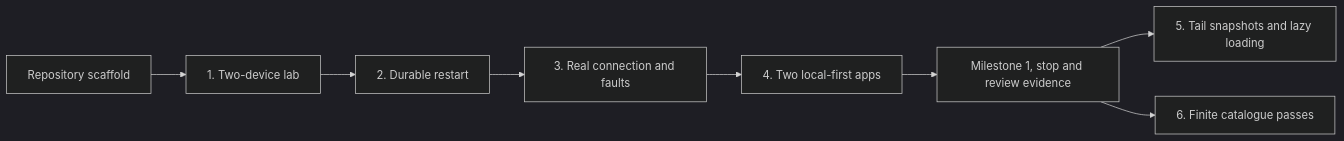
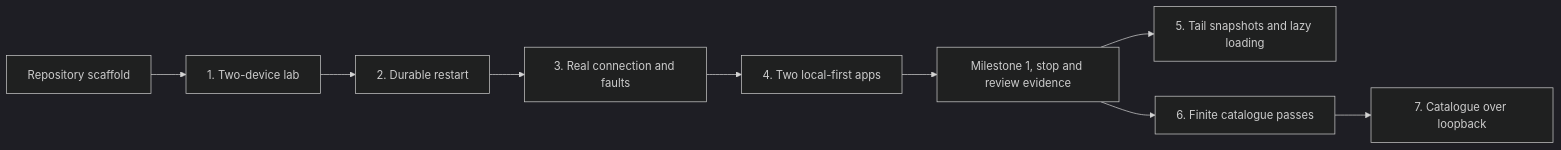
The diagram in docs/implementation-plan.md (nessalabs/sync-engine), drawn with Mermaid (dark theme) before and after one commit. The commit also changed other lines of this file and 18 other files, not shown here.

Commit message:
feat: replicate catalogue passes over bounded loopback (#23)

````diff
--- a/docs/implementation-plan.md
+++ b/docs/implementation-plan.md
@@ -41,10 +42,11 @@
 ```mermaid
 flowchart LR
     S0["Repository scaffold"] --> S1["1. Two-device lab"]
     S1 --> S2["2. Durable restart"]
     S2 --> S3["3. Real connection and faults"]
     S3 --> S4["4. Two local-first apps"]
     S4 --> M1["Milestone 1, stop and review evidence"]
     M1 --> S5["5. Tail snapshots and lazy loading"]
     M1 --> S6["6. Finite catalogue passes"]
+    S6 --> S7["7. Catalogue over loopback"]
 ```
````
